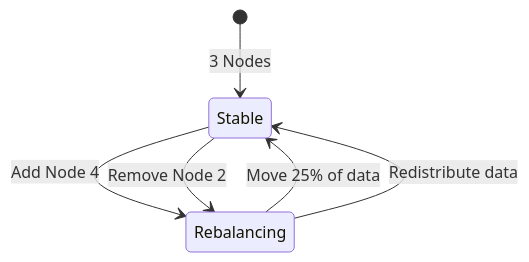
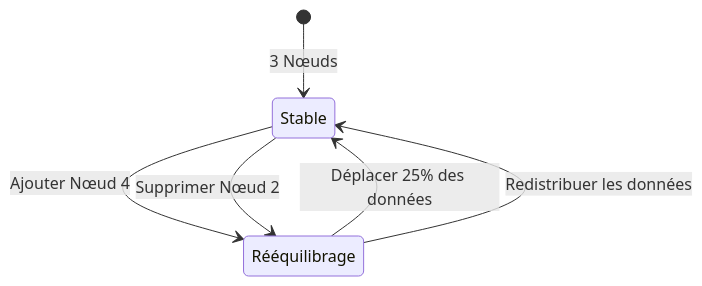
One commit to dardourimohamed/distributed-systems-course changed the fifth of 7 diagrams in src/data-store/01-partitioning.md. Above: the diagram before and after it, drawn with Mermaid. The commit also changed other lines of this file and 38 other files, not shown here.

````diff
--- a/src/data-store/01-partitioning.md
+++ b/src/data-store/01-partitioning.md
@@ -216,8 +216,8 @@
 ```mermaid
 stateDiagram-v2
-    [*] --> Stable: 3 Nodes
-    Stable --> Rebalancing: Add Node 4
-    Rebalancing --> Stable: Move 25% of data
-    Stable --> Rebalancing: Remove Node 2
-    Rebalancing --> Stable: Redistribute data
+    [*] --> Stable: 3 Nœuds
+    Stable --> Rééquilibrage: Ajouter Nœud 4
+    Rééquilibrage --> Stable: Déplacer 25% des données
+    Stable --> Rééquilibrage: Supprimer Nœud 2
+    Rééquilibrage --> Stable: Redistribuer les données
 ```
````
